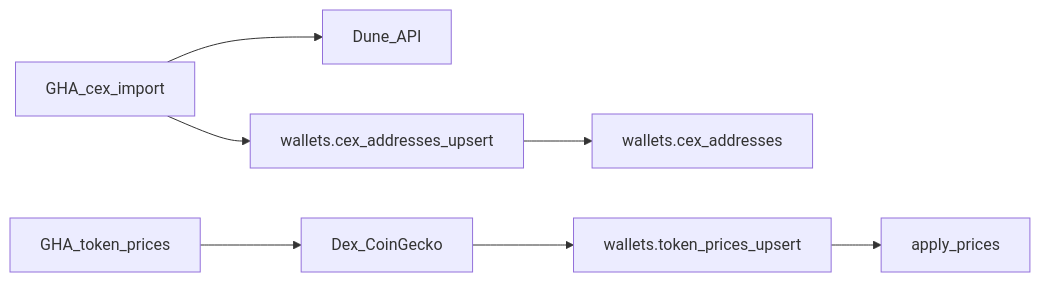
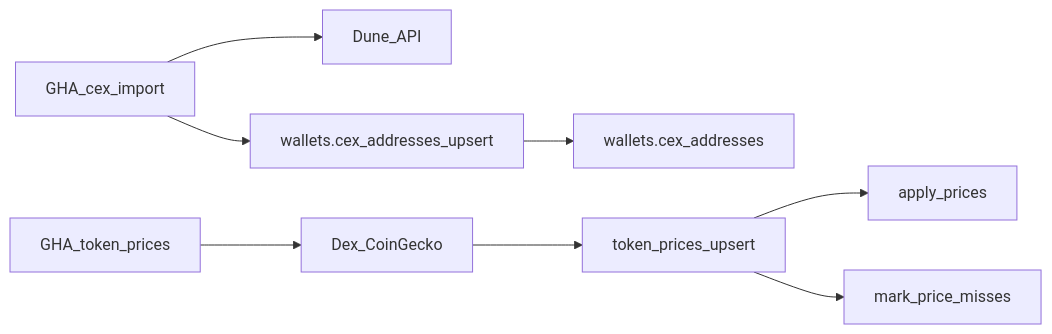
Before and after one commit to GlobalScoreAgent/gsa-workers: the fifth of 5 diagrams in docs/ARCHITECTURE.md, drawn with Mermaid. The commit also changed other lines of this file and 6 other files, not shown here.

````diff
--- a/docs/ARCHITECTURE.md
+++ b/docs/ARCHITECTURE.md
@@ -138,9 +139,10 @@
 ```mermaid
 flowchart LR
   ghaCex[GHA_cex_import] --> duneApi[Dune_API]
   ghaCex --> upsertCex["wallets.cex_addresses_upsert"]
   upsertCex --> cexTable[wallets.cex_addresses]
   ghaPrices[GHA_token_prices] --> dexCg[Dex_CoinGecko]
-  dexCg --> upsertPrices["wallets.token_prices_upsert"]
+  dexCg --> upsertPrices["token_prices_upsert"]
   upsertPrices --> applyPos["apply_prices"]
+  upsertPrices --> markMiss["mark_price_misses"]
 ```
````
